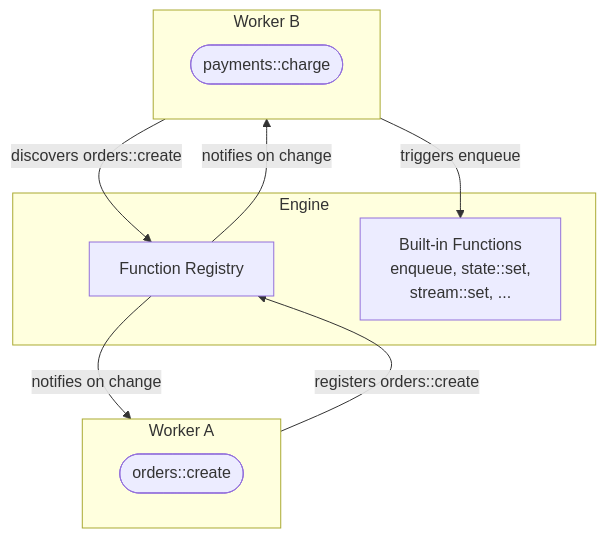
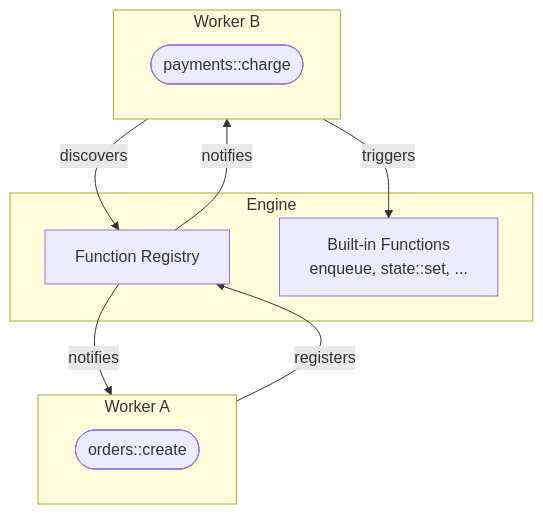
One commit to iii-hq/docs changed the diagram in content/concepts/discovery.mdx. Above: the diagram before and after it, drawn with Mermaid.

Commit message:
fix: shorten mermaid edge labels in discovery diagram

````diff
--- a/content/concepts/discovery.mdx
+++ b/content/concepts/discovery.mdx
@@ -12,21 +12,21 @@
 ```mermaid
 graph TB
     subgraph Engine
         FR[Function Registry]
-        BF["Built-in Functions\nenqueue, state::set,\nstream::set, ..."]
+        BF["Built-in Functions\nenqueue, state::set, ..."]
     end
 
     subgraph WA[Worker A]
         FA(["orders::create"])
     end
 
     subgraph WB[Worker B]
         FB(["payments::charge"])
     end
 
-    WA -- "registers orders::create" --> FR
-    WB -- "discovers orders::create" --> FR
-    WB -- "triggers enqueue" --> BF
-    FR -- "notifies on change" --> WA
-    FR -- "notifies on change" --> WB
+    WA -- "registers" --> FR
+    WB -- "discovers" --> FR
+    WB -- "triggers" --> BF
+    FR -- "notifies" --> WA
+    FR -- "notifies" --> WB
 ```
````
